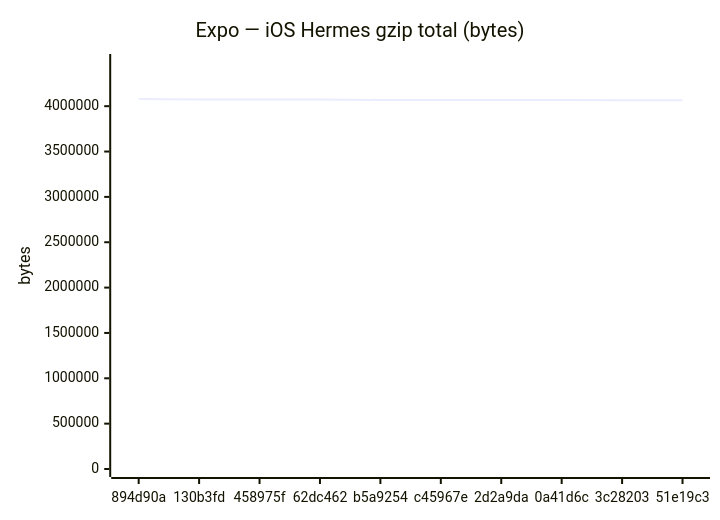
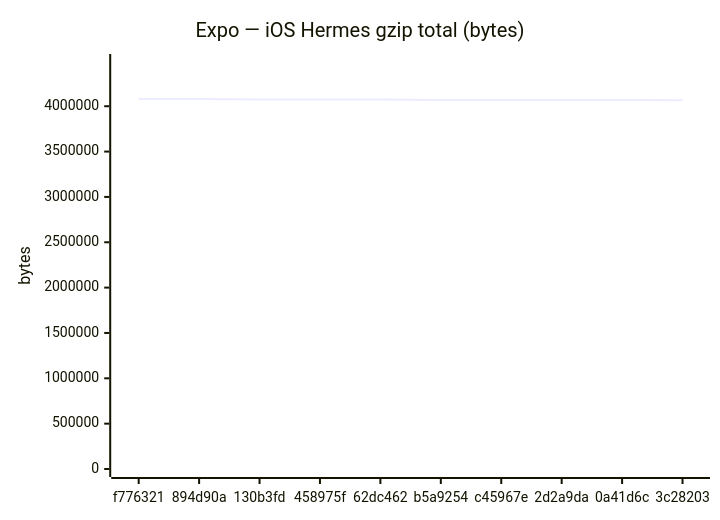
The sixth of 18 diagrams in benchmarks/compare.md (Metaheurist/Rianell), drawn with Mermaid before and after one commit. The commit also changed other lines of this file and 11 other files, not shown here.

````diff
--- a/benchmarks/compare.md
+++ b/benchmarks/compare.md
@@ -96,7 +96,7 @@
 ```mermaid
 xychart-beta
     title "Expo — iOS Hermes gzip total (bytes)"
-    x-axis ["894d90a", "130b3fd", "458975f", "62dc462", "b5a9254", "c45967e", "2d2a9da", "0a41d6c", "3c28203", "51e19c3"]
-    y-axis "bytes" 0 --> 4487168
-    line [4079243, 4074172, 4073443, 4073443, 4069109, 4069113, 4069106, 4069107, 4065403, 4065816]
+    x-axis ["f776321", "894d90a", "130b3fd", "458975f", "62dc462", "b5a9254", "c45967e", "2d2a9da", "0a41d6c", "3c28203"]
+    y-axis "bytes" 0 --> 4487643
+    line [4079675, 4079243, 4074172, 4073443, 4073443, 4069109, 4069113, 4069106, 4069107, 4065403]
 ```
````
